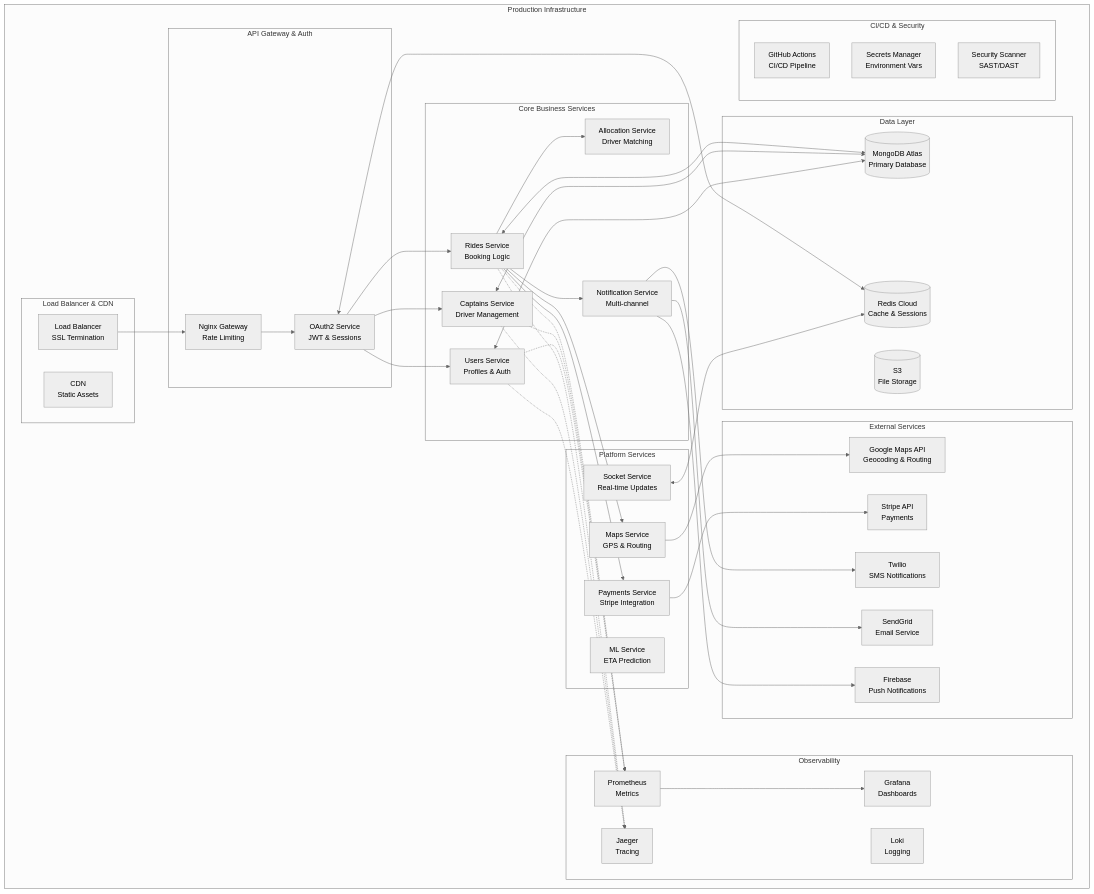
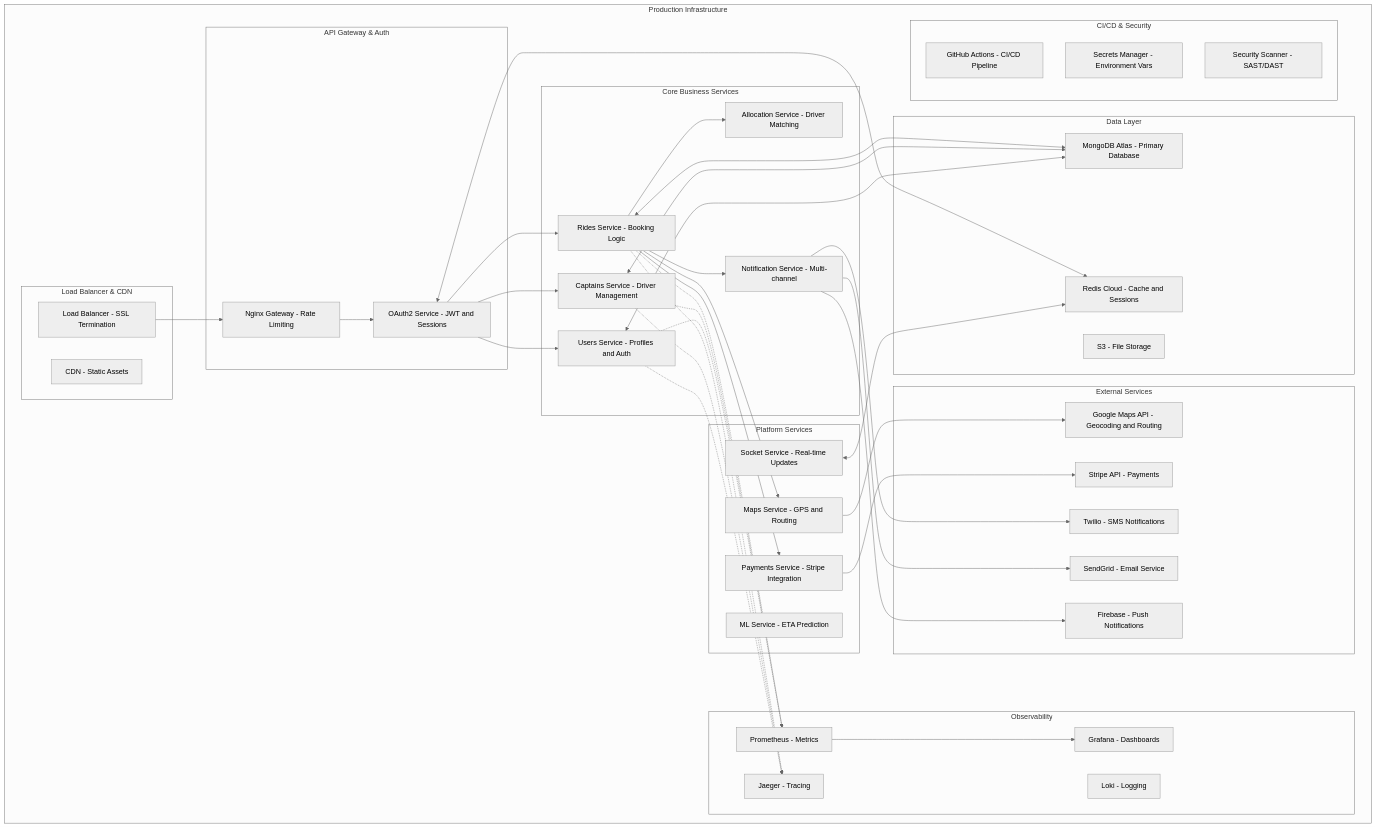
The first of 4 diagrams in README.md (Luciferai04/cab_booking-app), drawn with Mermaid (neutral theme) before and after one commit.

Commit message:
docs(readme): sanitize Production Architecture Mermaid diagram (no <br/>, quotes, or special shapes)

```diff
--- a/README.md
+++ b/README.md
@@ -164,55 +164,55 @@
 flowchart TB
     subgraph "Production Infrastructure"
         subgraph "External Services"
-            GMAPS["Google Maps API<br/>Geocoding & Routing"]
-            STRIPE["Stripe API<br/>Payments"]
-            TWILIO["Twilio<br/>SMS Notifications"]
-            SENDGRID["SendGrid<br/>Email Service"]
-            FCM["Firebase<br/>Push Notifications"]
+            GMAPS[Google Maps API - Geocoding and Routing]
+            STRIPE[Stripe API - Payments]
+            TWILIO[Twilio - SMS Notifications]
+            SENDGRID[SendGrid - Email Service]
+            FCM[Firebase - Push Notifications]
         end
         
         subgraph "Load Balancer & CDN"
-            LB["Load Balancer<br/>SSL Termination"]
-            CDN["CDN<br/>Static Assets"]
+            LB[Load Balancer - SSL Termination]
+            CDN[CDN - Static Assets]
         end
         
         subgraph "API Gateway & Auth"
-            GATEWAY["Nginx Gateway<br/>Rate Limiting"]
-            AUTH["OAuth2 Service<br/>JWT & Sessions"]
+            GATEWAY[Nginx Gateway - Rate Limiting]
+            AUTH[OAuth2 Service - JWT and Sessions]
         end
         
         subgraph "Core Business Services"
-            USER["Users Service<br/>Profiles & Auth"]
-            CAPTAIN["Captains Service<br/>Driver Management"]
-            RIDE["Rides Service<br/>Booking Logic"]
-            ALLOC["Allocation Service<br/>Driver Matching"]
-            NOTIFY["Notification Service<br/>Multi-channel"]
+            USER[Users Service - Profiles and Auth]
+            CAPTAIN[Captains Service - Driver Management]
+            RIDE[Rides Service - Booking Logic]
+            ALLOC[Allocation Service - Driver Matching]
+            NOTIFY[Notification Service - Multi-channel]
         end
         
         subgraph "Platform Services"
-            MAPS["Maps Service<br/>GPS & Routing"]
-            PAYMENTS["Payments Service<br/>Stripe Integration"]
-            SOCKET["Socket Service<br/>Real-time Updates"]
-            ML["ML Service<br/>ETA Prediction"]
+            MAPS[Maps Service - GPS and Routing]
+            PAYMENTS[Payments Service - Stripe Integration]
+            SOCKET[Socket Service - Real-time Updates]
+            ML[ML Service - ETA Prediction]
         end
         
         subgraph "Data Layer"
-            MONGO[("MongoDB Atlas<br/>Primary Database")]
-            REDIS[("Redis Cloud<br/>Cache & Sessions")]
-            S3[("S3<br/>File Storage")]
+            MONGO[MongoDB Atlas - Primary Database]
+            REDIS[Redis Cloud - Cache and Sessions]
+            S3[S3 - File Storage]
         end
         
         subgraph "Observability"
-            PROM["Prometheus<br/>Metrics"]
-            GRAF["Grafana<br/>Dashboards"]
-            JAEGER["Jaeger<br/>Tracing"]
-            LOKI["Loki<br/>Logging"]
+            PROM[Prometheus - Metrics]
+            GRAF[Grafana - Dashboards]
+            JAEGER[Jaeger - Tracing]
+            LOKI[Loki - Logging]
         end
         
         subgraph "CI/CD & Security"
-            GHA["GitHub Actions<br/>CI/CD Pipeline"]
-            VAULT["Secrets Manager<br/>Environment Vars"]
-            SCAN["Security Scanner<br/>SAST/DAST"]
+            GHA[GitHub Actions - CI/CD Pipeline]
+            VAULT[Secrets Manager - Environment Vars]
+            SCAN[Security Scanner - SAST/DAST]
         end
     end
     
```
